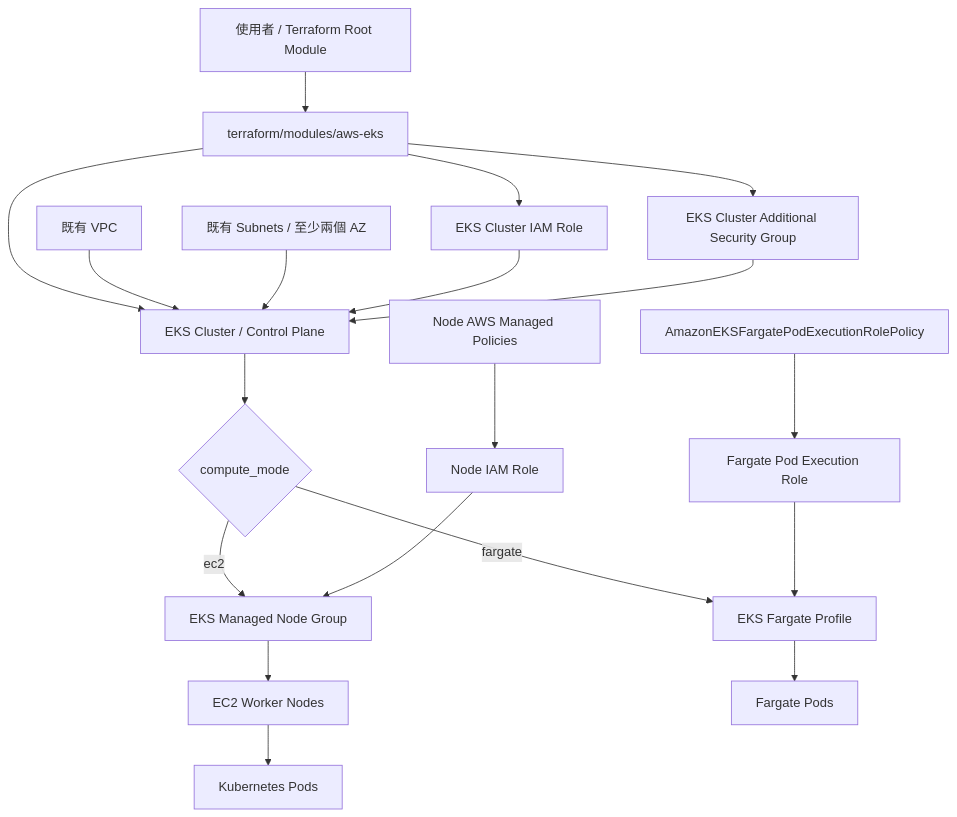
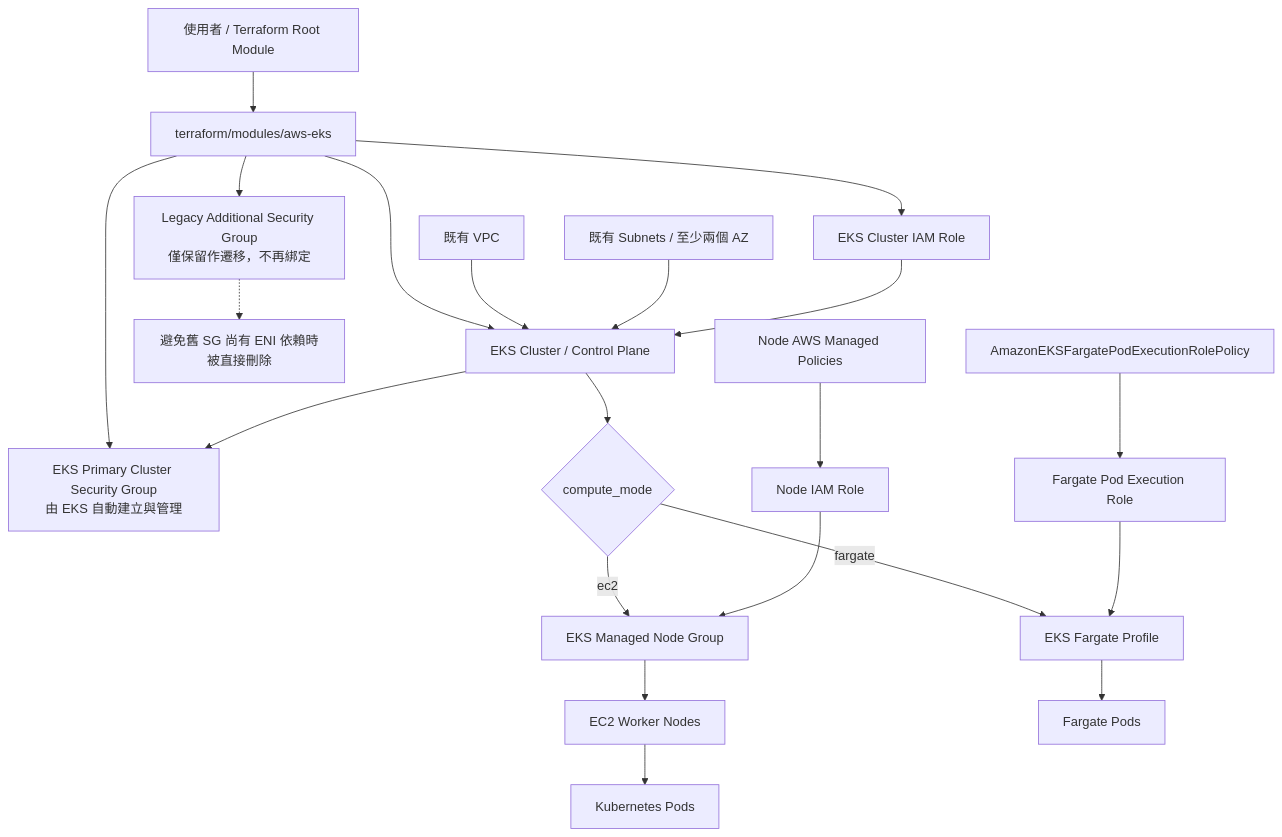
Before and after one commit to changken/infra-lab: the first of 5 diagrams in terraform/modules/aws-eks/docs/architecture.md, drawn with Mermaid. The commit also changed other lines of this file and 1 other file, not shown here.

Commit message:
docs: update EKS troubleshooting guide

````diff
--- a/terraform/modules/aws-eks/docs/architecture.md
+++ b/terraform/modules/aws-eks/docs/architecture.md
@@ -9,26 +9,28 @@
 ```mermaid
 flowchart TB
     user[使用者 / Terraform Root Module] --> eks_module[terraform/modules/aws-eks]
 
     eks_module --> cluster_role[EKS Cluster IAM Role]
-    eks_module --> cluster_sg[EKS Cluster Additional Security Group]
+    eks_module --> cluster_sg[EKS Primary Cluster Security Group<br/>由 EKS 自動建立與管理]
+    eks_module --> legacy_sg[Legacy Additional Security Group<br/>僅保留作遷移，不再綁定]
     eks_module --> eks_cluster[EKS Cluster / Control Plane]
 
     vpc[既有 VPC] --> eks_cluster
     subnets[既有 Subnets / 至少兩個 AZ] --> eks_cluster
     cluster_role --> eks_cluster
-    cluster_sg --> eks_cluster
+    eks_cluster --> cluster_sg
+    legacy_sg -.-> migration_note[避免舊 SG 尚有 ENI 依賴時被直接刪除]
 
     eks_cluster --> mode{compute_mode}
     mode -->|ec2| node_group[EKS Managed Node Group]
     mode -->|fargate| fargate_profile[EKS Fargate Profile]
 
     node_role[Node IAM Role] --> node_group
     node_policies[Node AWS Managed Policies] --> node_role
     node_group --> ec2_nodes[EC2 Worker Nodes]
     ec2_nodes --> pods_ec2[Kubernetes Pods]
 
     fargate_role[Fargate Pod Execution Role] --> fargate_profile
     fargate_policy[AmazonEKSFargatePodExecutionRolePolicy] --> fargate_role
     fargate_profile --> pods_fargate[Fargate Pods]
 ```
````
